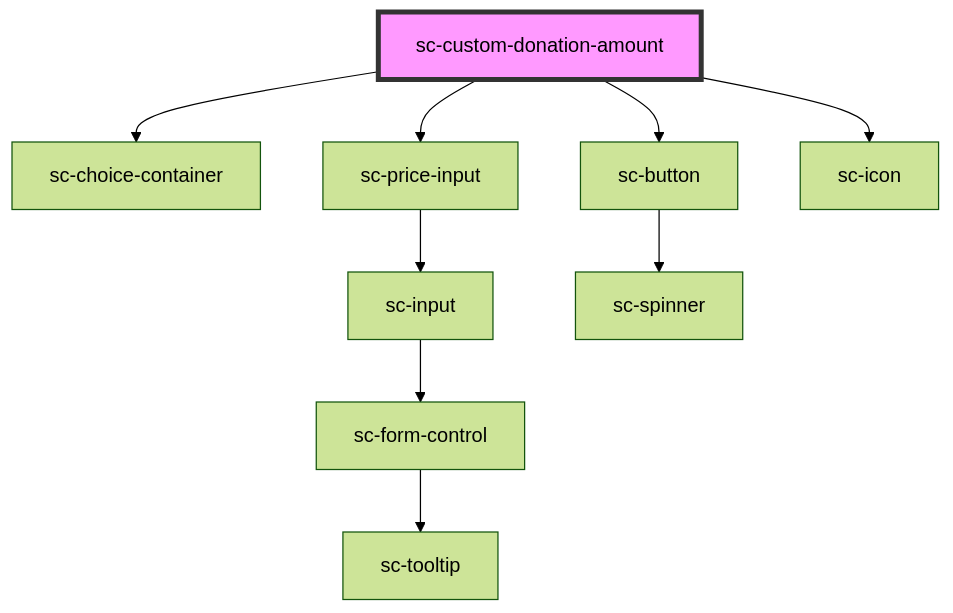
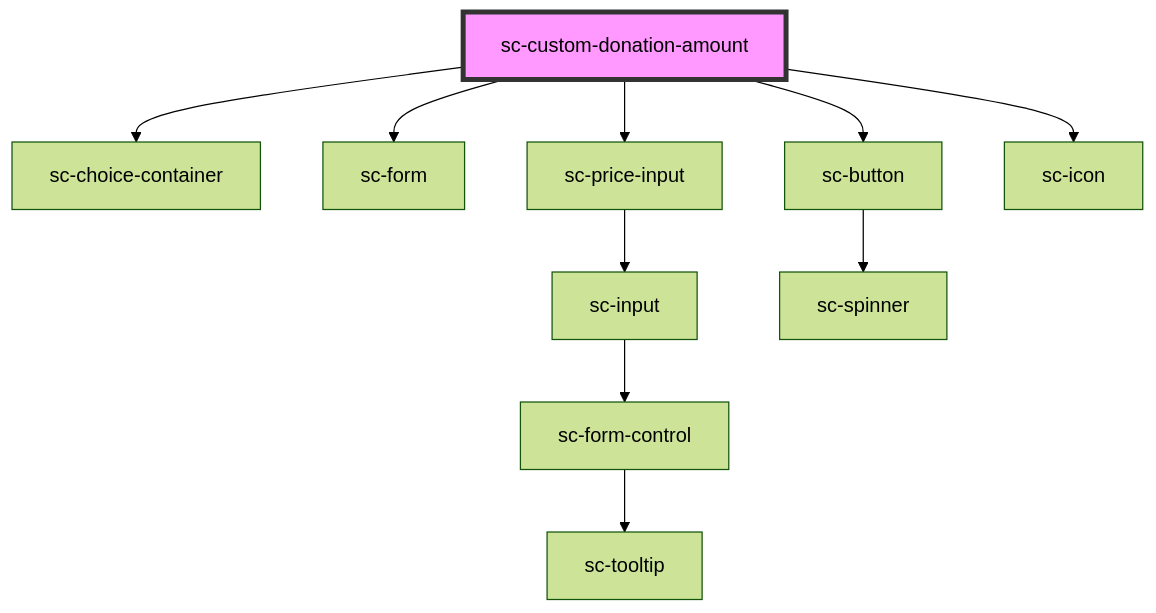
Before and after one commit to surecart/surecart-wp-plugin: the diagram in packages/components/src/components/controllers/checkout-form/custom-donation-amount/readme.md, drawn with Mermaid (forest theme). The commit also changed other lines of this file and 22 other files, not shown here.

````diff
--- a/packages/components/src/components/controllers/checkout-form/custom-donation-amount/readme.md
+++ b/packages/components/src/components/controllers/checkout-form/custom-donation-amount/readme.md
@@ -25,12 +28,13 @@
 ```mermaid
 graph TD;
   sc-custom-donation-amount --> sc-choice-container
+  sc-custom-donation-amount --> sc-form
   sc-custom-donation-amount --> sc-price-input
   sc-custom-donation-amount --> sc-button
   sc-custom-donation-amount --> sc-icon
   sc-price-input --> sc-input
   sc-input --> sc-form-control
   sc-form-control --> sc-tooltip
   sc-button --> sc-spinner
   style sc-custom-donation-amount fill:#f9f,stroke:#333,stroke-width:4px
 ```
````
